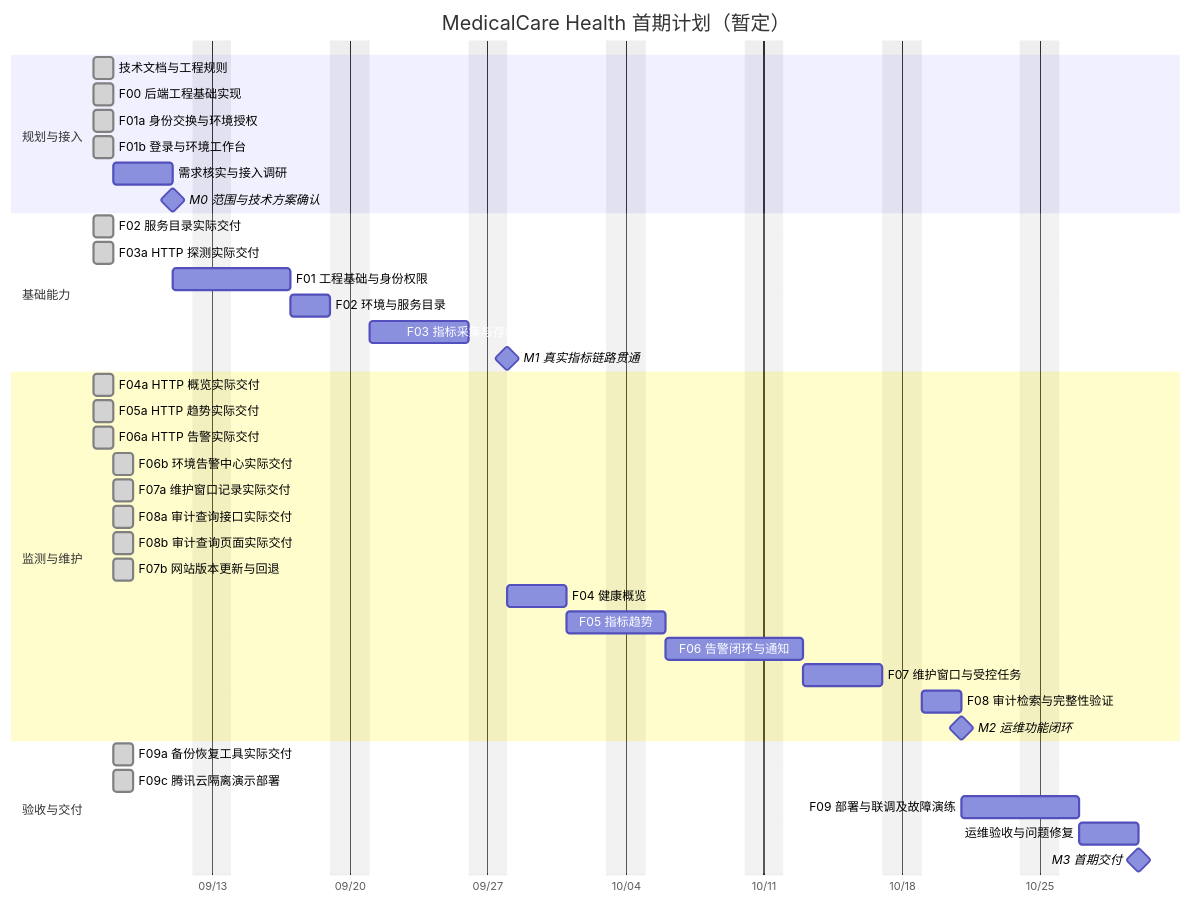
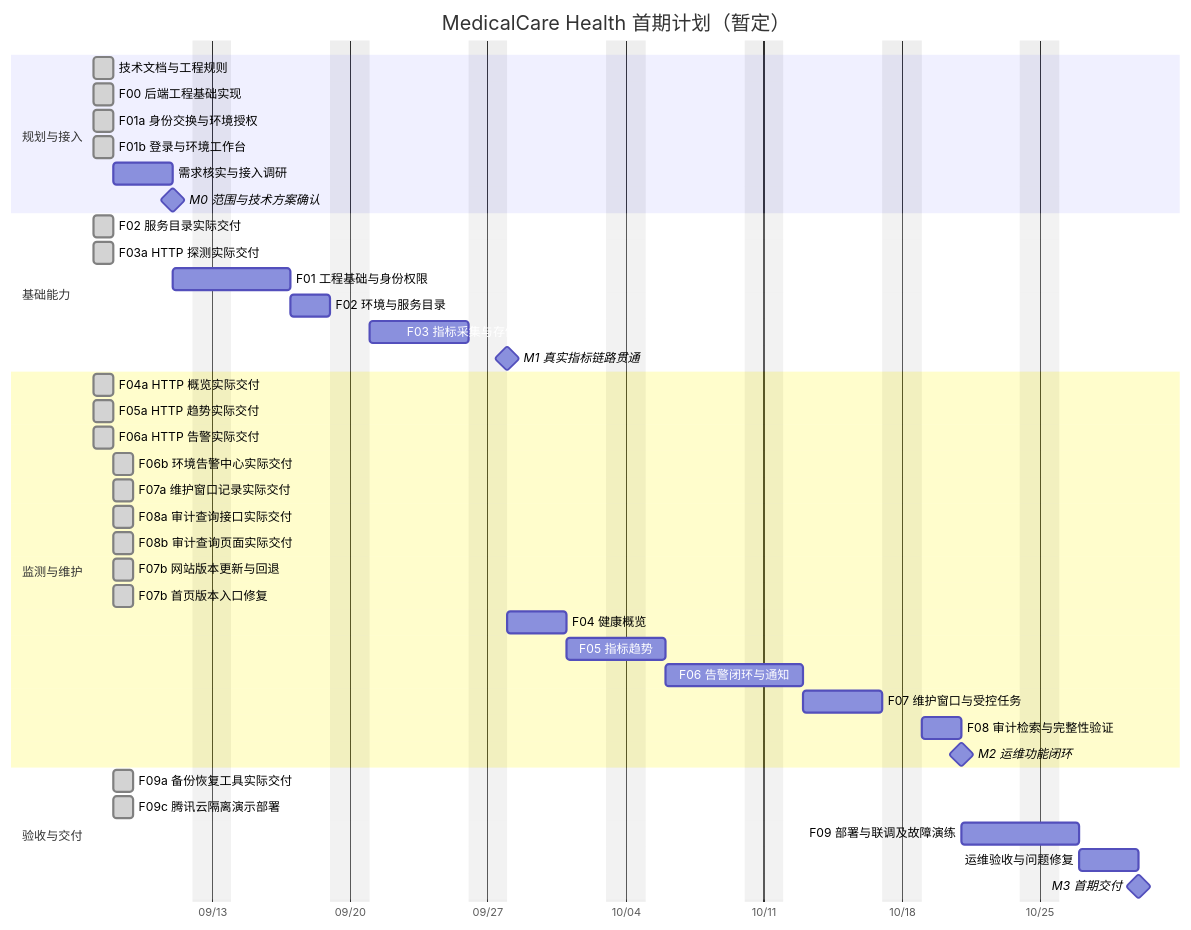
One commit to lafie-s/MedicalCare_Health changed the diagram in docs/project-plan.md. Above: the diagram before and after it, drawn with Mermaid. The commit also changed other lines of this file and 8 other files, not shown here.

````diff
--- a/docs/project-plan.md
+++ b/docs/project-plan.md
@@ -13,42 +13,43 @@
 ```mermaid
 gantt
     title MedicalCare Health 首期计划（暂定）
     dateFormat YYYY-MM-DD
     axisFormat %m/%d
     excludes weekends
     section 规划与接入
     技术文档与工程规则              :done, docs, 2026-09-07, 1d
     F00 后端工程基础实现           :done, f00, 2026-09-07, 1d
     F01a 身份交换与环境授权        :done, f01a, 2026-09-07, 1d
     F01b 登录与环境工作台          :done, f01b, 2026-09-07, 1d
     需求核实与接入调研              :a0, 2026-09-08, 3d
     M0 范围与技术方案确认           :milestone, m0, after a0, 0d
     section 基础能力
     F02 服务目录实际交付           :done, f02actual, 2026-09-07, 1d
     F03a HTTP 探测实际交付         :done, f03actual, 2026-09-07, 1d
     F01 工程基础与身份权限          :a1, after m0, 4d
     F02 环境与服务目录              :a2, after a1, 2d
     F03 指标采集与存储接入          :a3, after a2, 5d
     M1 真实指标链路贯通             :milestone, m1, after a3, 0d
     section 监测与维护
     F04a HTTP 概览实际交付         :done, f04actual, 2026-09-07, 1d
     F05a HTTP 趋势实际交付         :done, f05actual, 2026-09-07, 1d
     F06a HTTP 告警实际交付         :done, f06actual, 2026-09-07, 1d
     F06b 环境告警中心实际交付     :done, f06bactual, 2026-09-08, 1d
     F07a 维护窗口记录实际交付     :done, f07aactual, 2026-09-08, 1d
     F08a 审计查询接口实际交付     :done, f08aactual, 2026-09-08, 1d
     F08b 审计查询页面实际交付     :done, f08bactual, 2026-09-08, 1d
     F07b 网站版本更新与回退       :done, f07bactual, 2026-09-08, 1d
+    F07b 首页版本入口修复         :done, releaseentry, 2026-09-08, 1d
     F04 健康概览                   :a4, after m1, 3d
     F05 指标趋势                   :a5, after a4, 3d
     F06 告警闭环与通知              :a6, after a5, 5d
     F07 维护窗口与受控任务          :a7, after a6, 4d
     F08 审计检索与完整性验证        :a8, after a7, 2d
     M2 运维功能闭环                :milestone, m2, after a8, 0d
     section 验收与交付
     F09a 备份恢复工具实际交付     :done, f09aactual, 2026-09-08, 1d
     F09c 腾讯云隔离演示部署       :done, f09cactual, 2026-09-08, 1d
     F09 部署与联调及故障演练        :a9, after m2, 4d
     运维验收与问题修复              :a10, after a9, 3d
     M3 首期交付                    :milestone, m3, after a10, 0d
 ```
````
